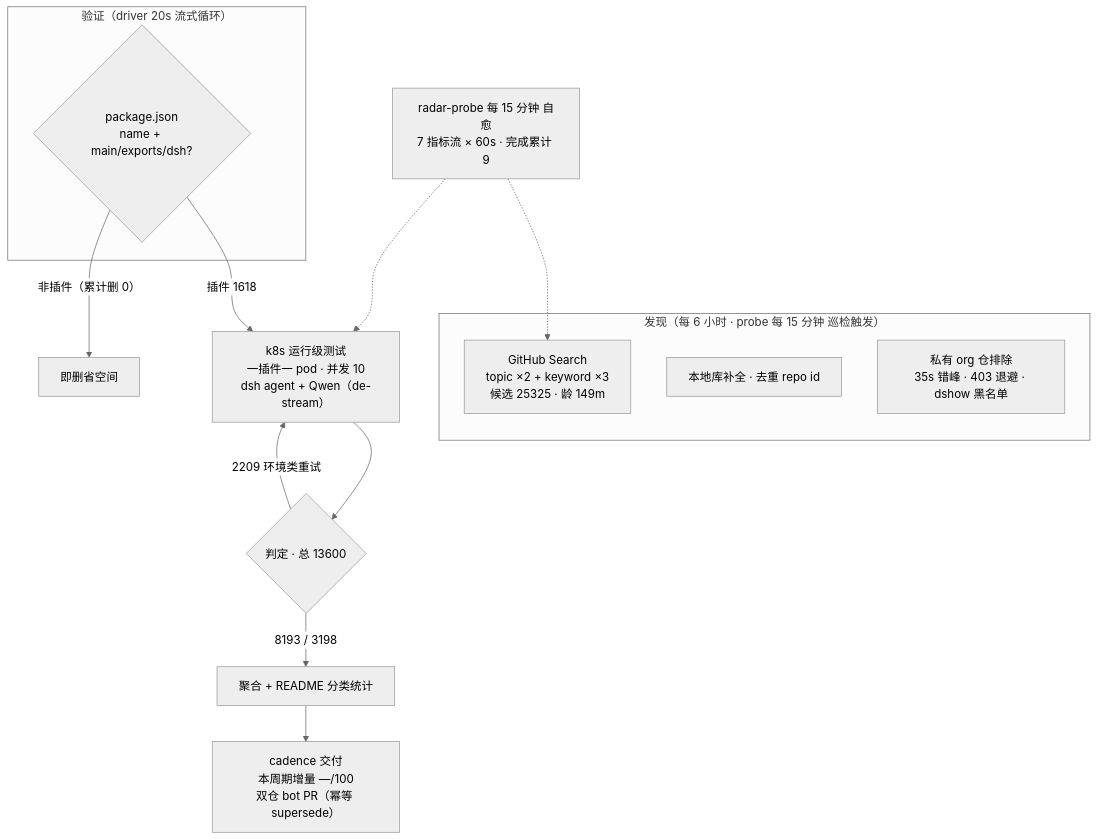
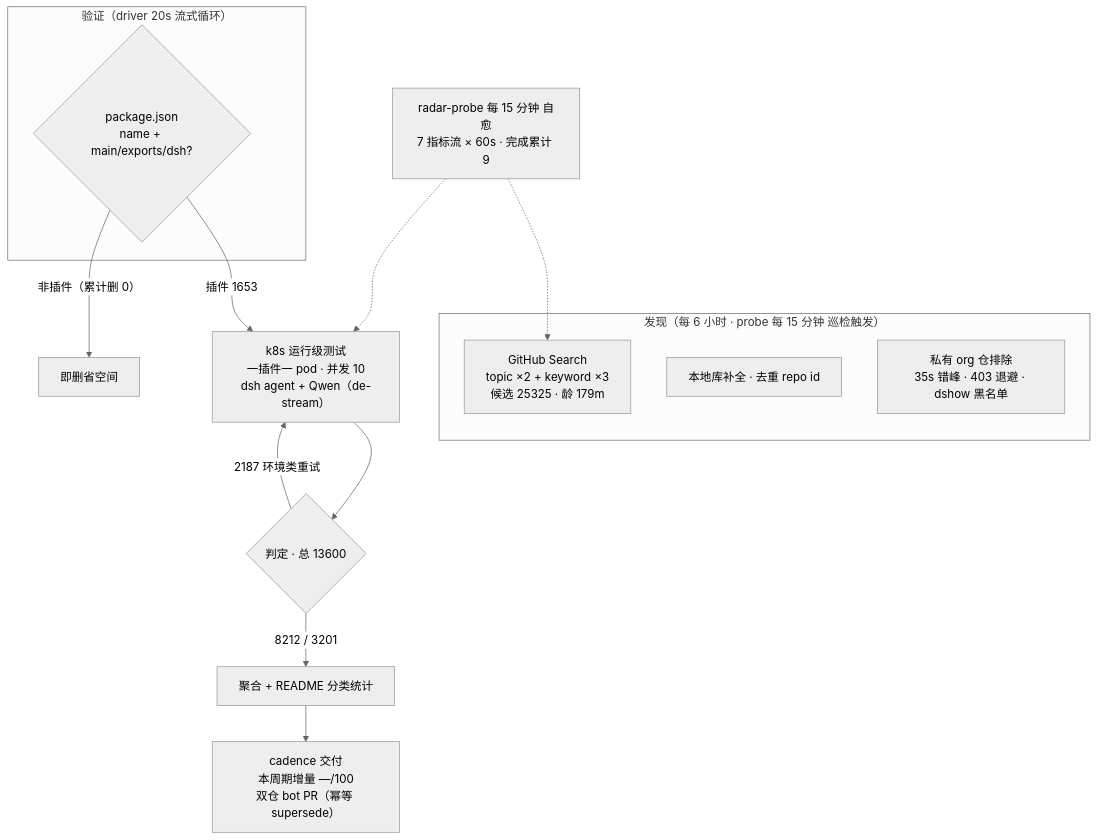
The diagram in README.md (Zhidao-Lab-OSS/awesome-dsh-plugins), drawn with Mermaid (neutral theme) before and after one commit. The commit also changed other lines of this file and 1 other file, not shown here.

````diff
--- a/README.md
+++ b/README.md
@@ -99,20 +99,20 @@
 ```mermaid
 flowchart TB
     subgraph Discovery["发现（每 6 小时 · probe 每 15 分钟 巡检触发）"]
-        A1["GitHub Search<br/>topic ×2 + keyword ×3<br/>候选 25325 · 龄 149m"]
+        A1["GitHub Search<br/>topic ×2 + keyword ×3<br/>候选 25325 · 龄 179m"]
         A2["本地库补全 · 去重 repo id"]
         A3["私有 org 仓排除<br/>35s 错峰 · 403 退避 · dshow 黑名单"]
     end
     subgraph Validation["验证（driver 20s 流式循环）"]
         B1{"package.json<br/>name + main/exports/dsh?"}
     end
-    B1 -->|"插件 1618"| C1["k8s 运行级测试<br/>一插件一 pod · 并发 10<br/>dsh agent + Qwen（de-stream）"]
+    B1 -->|"插件 1653"| C1["k8s 运行级测试<br/>一插件一 pod · 并发 10<br/>dsh agent + Qwen（de-stream）"]
     B1 -->|"非插件（累计删 0）"| B3["即删省空间"]
     C1 --> D1{"判定 · 总 13600"}
-    D1 -->|"8193 / 3198"| E1["聚合 + README 分类统计"]
-    D1 -->|"2209 环境类重试"| C1
+    D1 -->|"8212 / 3201"| E1["聚合 + README 分类统计"]
+    D1 -->|"2187 环境类重试"| C1
     E1 --> E2["cadence 交付<br/>本周期增量 —/100<br/>双仓 bot PR（幂等 supersede）"]
     M["radar-probe 每 15 分钟 自愈<br/>7 指标流 × 60s · 完成累计 9"]
     M -.-> A1
     M -.-> C1
 ```
````
